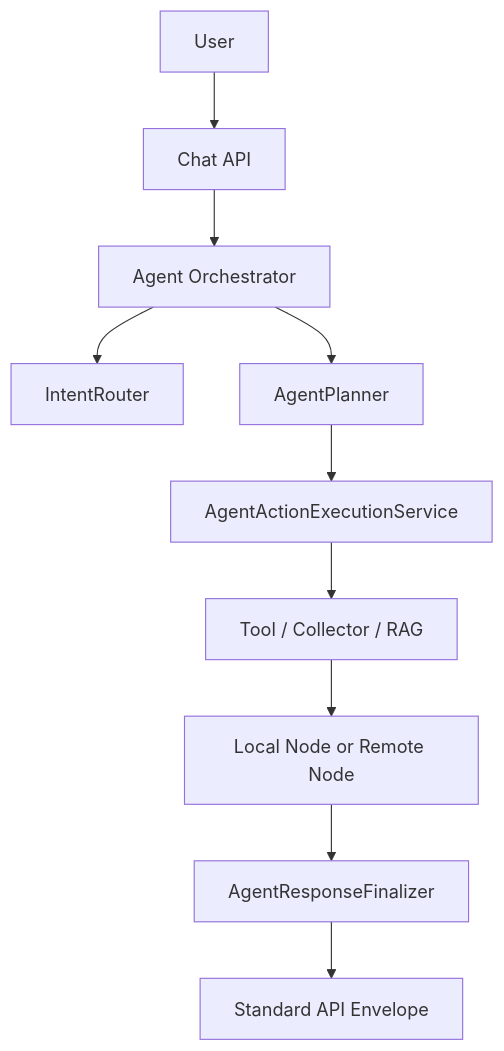
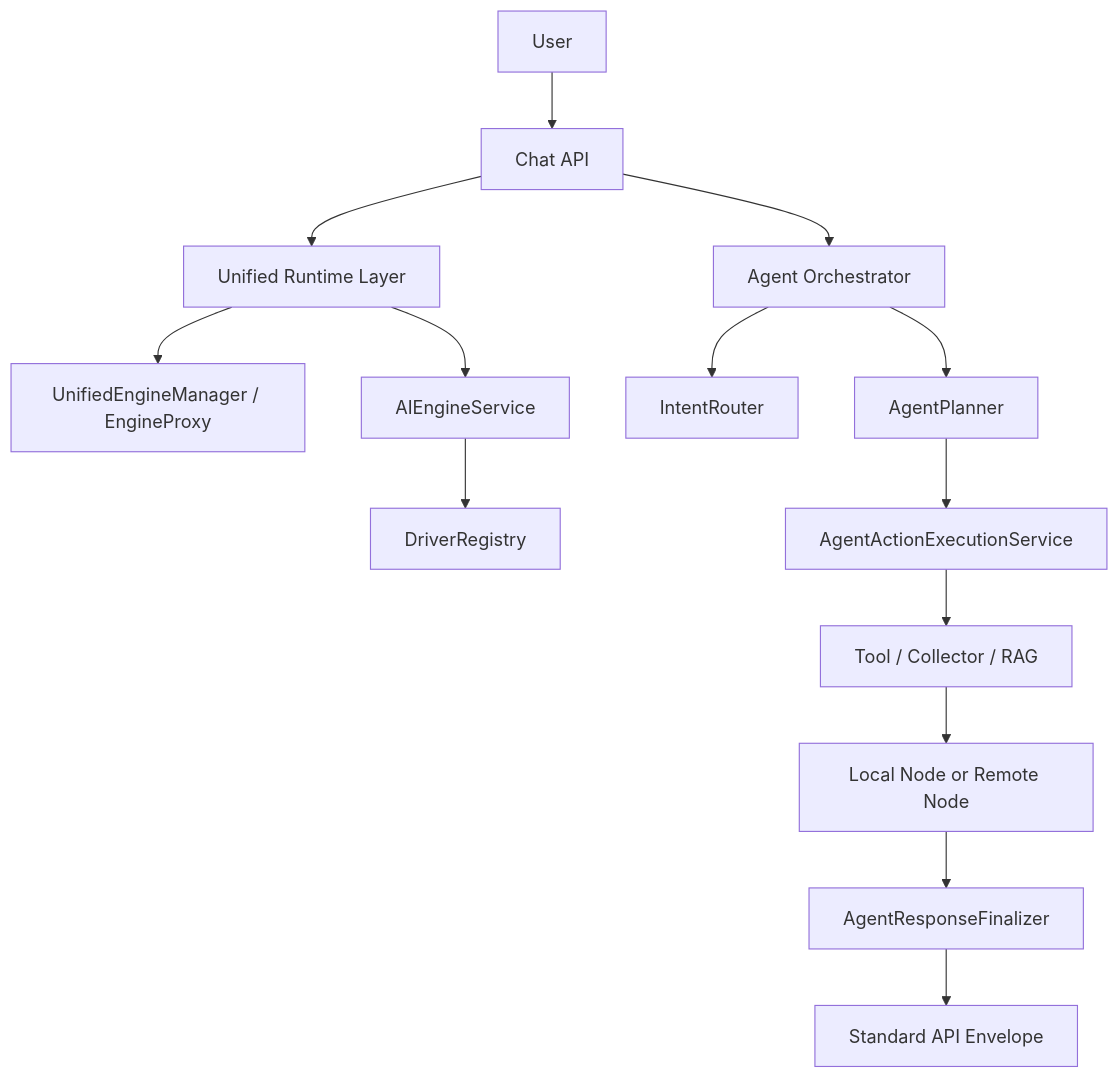
The diagram in docs-site/guides/architecture.mdx (mabou7agar/laravel-ai-support), drawn with Mermaid before and after one commit. The commit also changed other lines of this file and 59 other files, not shown here.

Commit message:
Enhance Architecture

````diff
--- a/docs-site/guides/architecture.mdx
+++ b/docs-site/guides/architecture.mdx
@@ -8,12 +8,16 @@
 ```mermaid
 flowchart TD
   U["User"] --> API["Chat API"]
   API --> ORCH["Agent Orchestrator"]
+  API --> RT["Unified Runtime Layer"]
+  RT --> UM["UnifiedEngineManager / EngineProxy"]
+  RT --> SVC["AIEngineService"]
+  SVC --> REG["DriverRegistry"]
   ORCH --> IR["IntentRouter"]
   ORCH --> PL["AgentPlanner"]
   PL --> EX["AgentActionExecutionService"]
   EX --> TOOL["Tool / Collector / RAG"]
   TOOL --> NODE["Local Node or Remote Node"]
   NODE --> RF["AgentResponseFinalizer"]
   RF --> RESP["Standard API Envelope"]
 ```
````
